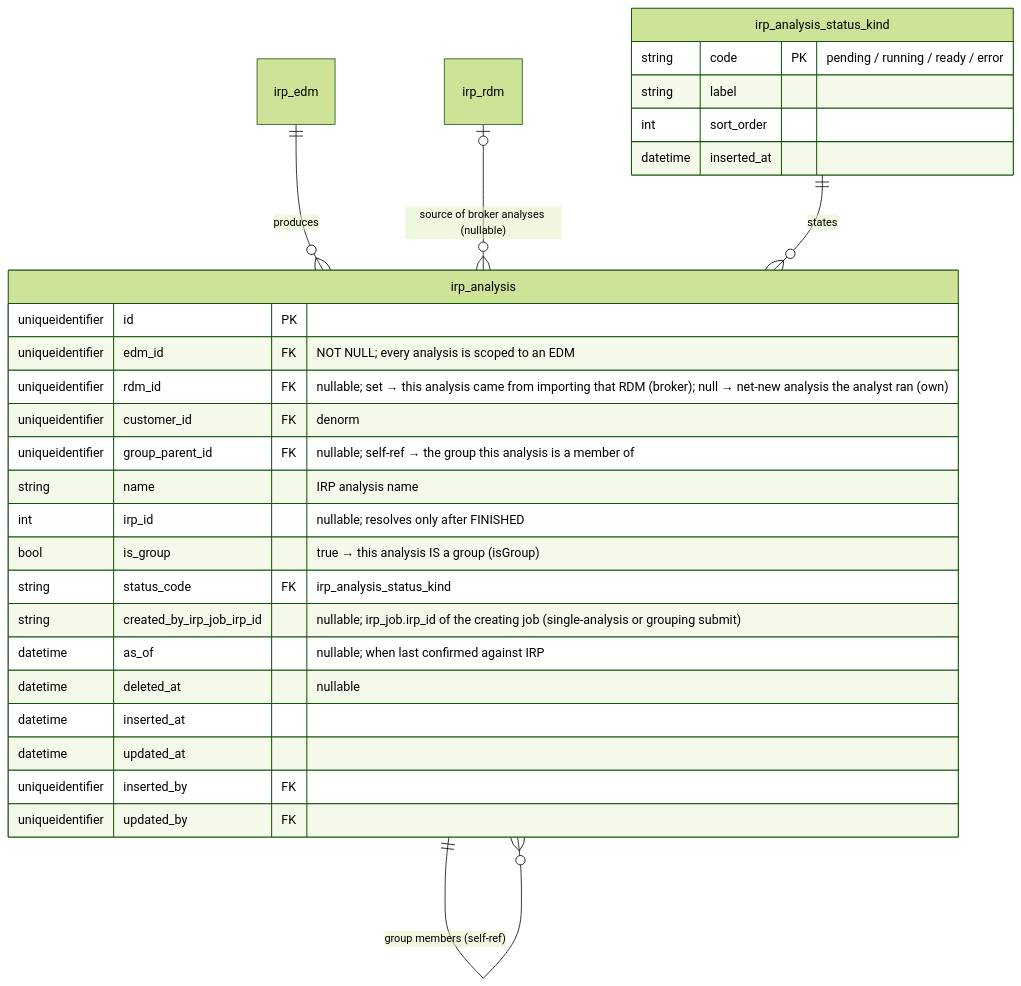
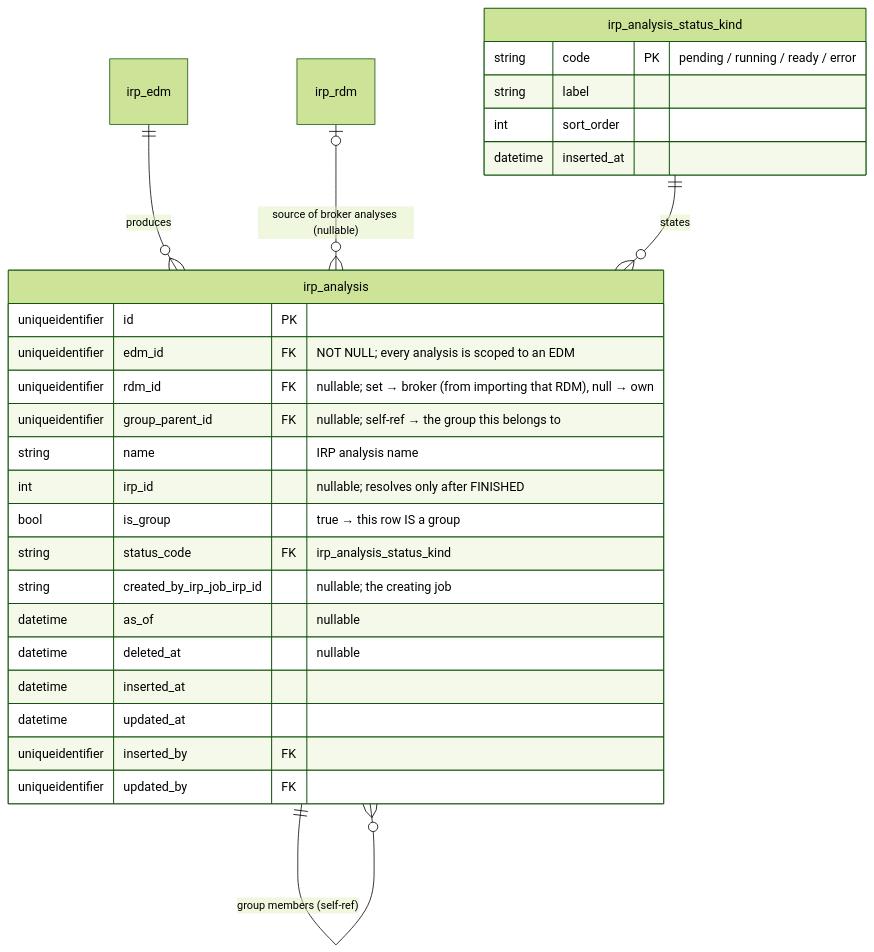
The fourth of 9 diagrams in docs/DATA_MODEL.md (anilvenugopal/risk-workbench), drawn with Mermaid (forest theme) before and after one commit. The commit also changed other lines of this file and 3 other files, not shown here.

````diff
--- a/docs/DATA_MODEL.md
+++ b/docs/DATA_MODEL.md
@@ -455,32 +263,31 @@
 ```mermaid
 erDiagram
   irp_edm ||--o{ irp_analysis : produces
   irp_rdm |o--o{ irp_analysis : "source of broker analyses (nullable)"
   irp_analysis ||--o{ irp_analysis : "group members (self-ref)"
   irp_analysis_status_kind ||--o{ irp_analysis : states
 
   irp_analysis {
     uniqueidentifier id PK
     uniqueidentifier edm_id FK "NOT NULL; every analysis is scoped to an EDM"
-    uniqueidentifier rdm_id FK "nullable; set → this analysis came from importing that RDM (broker); null → net-new analysis the analyst ran (own)"
-    uniqueidentifier customer_id FK "denorm"
-    uniqueidentifier group_parent_id FK "nullable; self-ref → the group this analysis is a member of"
+    uniqueidentifier rdm_id FK "nullable; set → broker (from importing that RDM), null → own"
+    uniqueidentifier group_parent_id FK "nullable; self-ref → the group this belongs to"
     string name "IRP analysis name"
     int irp_id "nullable; resolves only after FINISHED"
-    bool is_group "true → this analysis IS a group (isGroup)"
+    bool is_group "true → this row IS a group"
     string status_code FK "irp_analysis_status_kind"
-    string created_by_irp_job_irp_id "nullable; irp_job.irp_id of the creating job (single-analysis or grouping submit)"
-    datetime as_of "nullable; when last confirmed against IRP"
+    string created_by_irp_job_irp_id "nullable; the creating job"
+    datetime as_of "nullable"
     datetime deleted_at "nullable"
     datetime inserted_at
     datetime updated_at
     uniqueidentifier inserted_by FK
     uniqueidentifier updated_by FK
   }
   irp_analysis_status_kind {
     string code PK "pending / running / ready / error"
     string label
     int sort_order
     datetime inserted_at
   }
 ```
````
